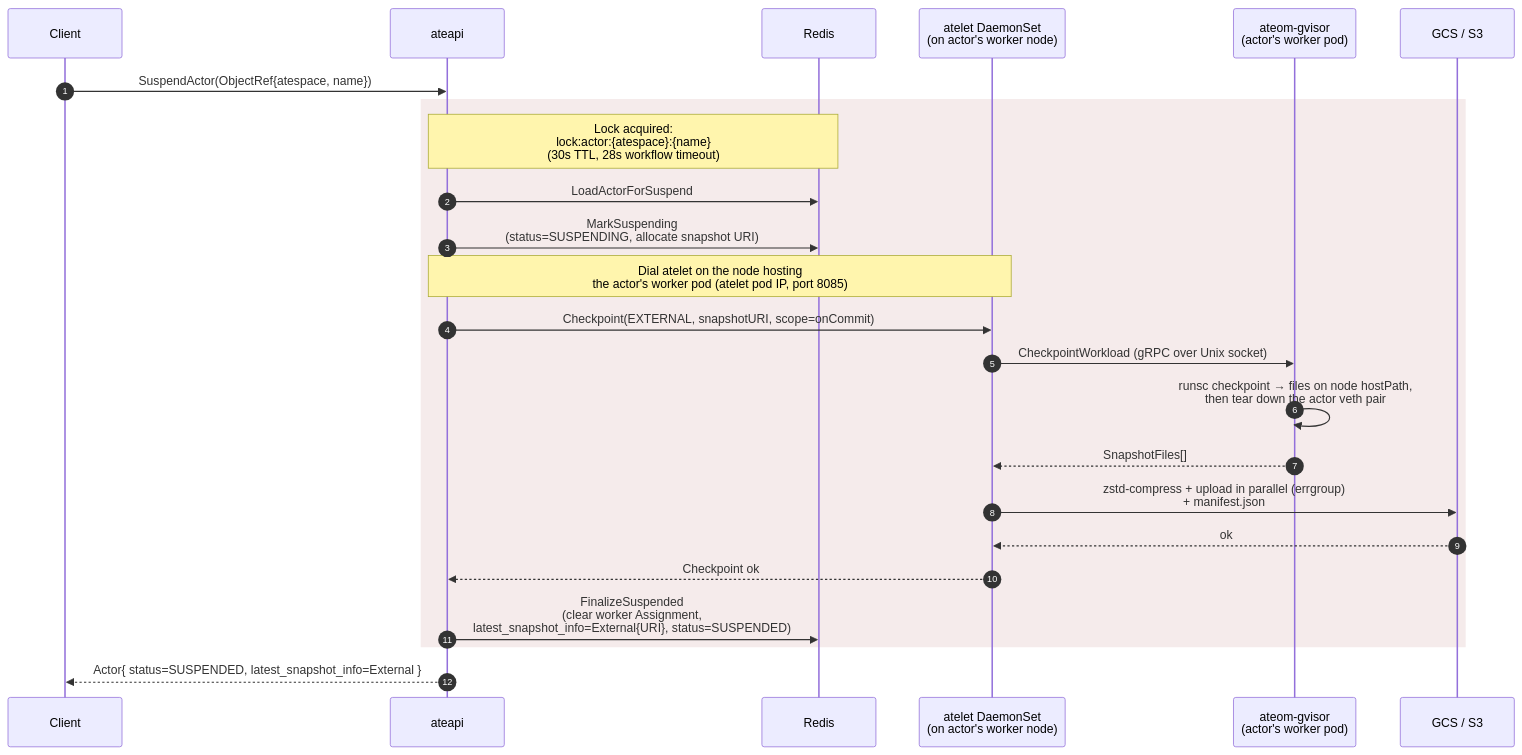
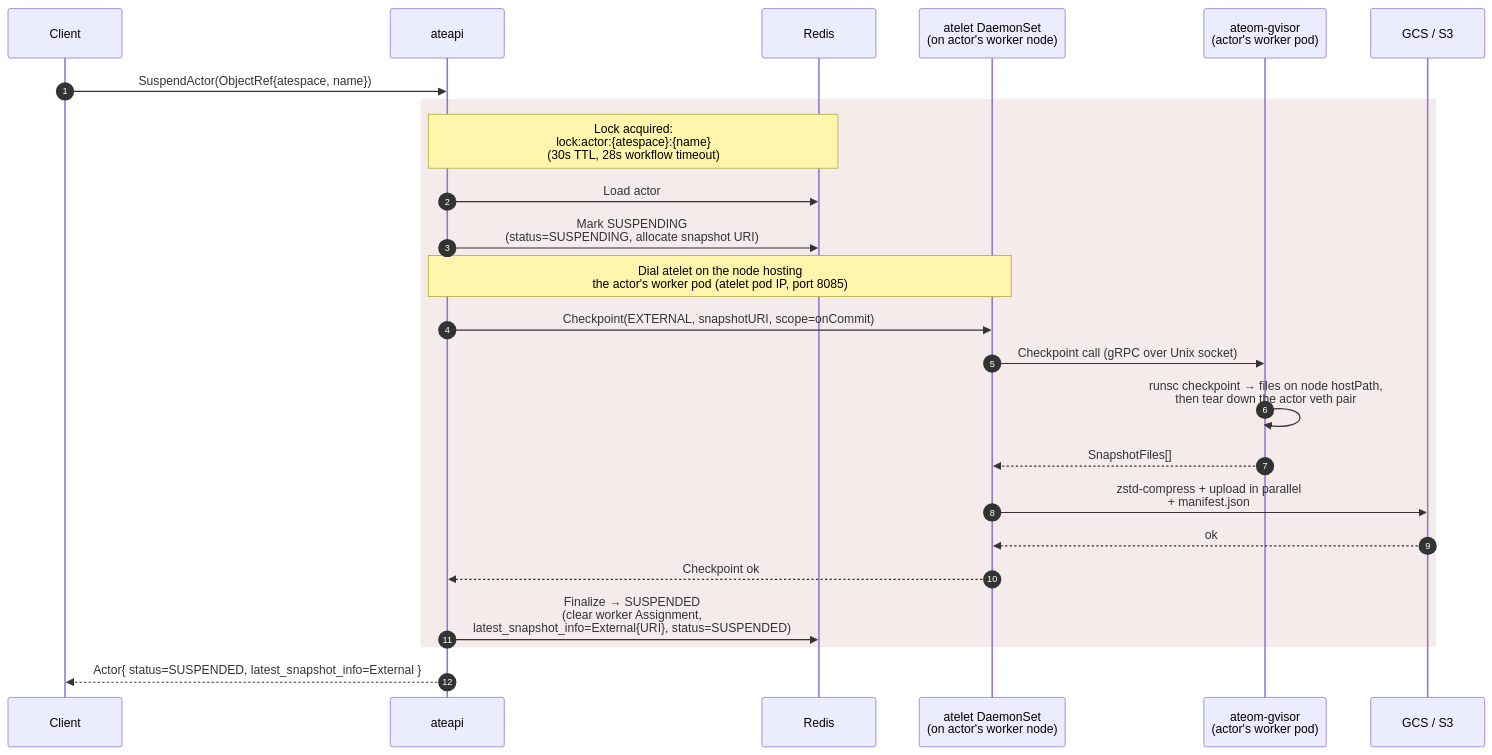
Before and after one commit to christian-posta/substrate: the diagram in atlas/src/content/docs/flows/suspend-actor.mdx, drawn with Mermaid. The commit also changed other lines of this file and 27 other files, not shown here.

````diff
--- a/atlas/src/content/docs/flows/suspend-actor.mdx
+++ b/atlas/src/content/docs/flows/suspend-actor.mdx
@@ -27,32 +27,32 @@
 ```mermaid
 sequenceDiagram
   autonumber
   participant C as Client
   participant A as ateapi
   participant R as Redis
   participant L as atelet DaemonSet<br/>(on actor's worker node)
   participant O as ateom-gvisor<br/>(actor's worker pod)
   participant G as GCS / S3
 
   C->>A: SuspendActor(ObjectRef{atespace, name})
 
   rect rgb(245,235,235)
     Note over A,R: Lock acquired:<br/>lock:actor:{atespace}:{name}<br/>(30s TTL, 28s workflow timeout)
 
-    A->>R: LoadActorForSuspend
-    A->>R: MarkSuspending<br/>(status=SUSPENDING, allocate snapshot URI)
+    A->>R: Load actor
+    A->>R: Mark SUSPENDING<br/>(status=SUSPENDING, allocate snapshot URI)
 
     Note over A,L: Dial atelet on the node hosting<br/>the actor's worker pod (atelet pod IP, port 8085)
     A->>L: Checkpoint(EXTERNAL, snapshotURI, scope=onCommit)
-    L->>O: CheckpointWorkload (gRPC over Unix socket)
+    L->>O: Checkpoint call (gRPC over Unix socket)
     O->>O: runsc checkpoint → files on node hostPath,<br/>then tear down the actor veth pair
     O-->>L: SnapshotFiles[]
-    L->>G: zstd-compress + upload in parallel (errgroup)<br/>+ manifest.json
+    L->>G: zstd-compress + upload in parallel<br/>+ manifest.json
     G-->>L: ok
     L-->>A: Checkpoint ok
 
-    A->>R: FinalizeSuspended<br/>(clear worker Assignment,<br/>latest_snapshot_info=External{URI}, status=SUSPENDED)
+    A->>R: Finalize → SUSPENDED<br/>(clear worker Assignment,<br/>latest_snapshot_info=External{URI}, status=SUSPENDED)
   end
 
   A-->>C: Actor{ status=SUSPENDED, latest_snapshot_info=External }
 ```
````
